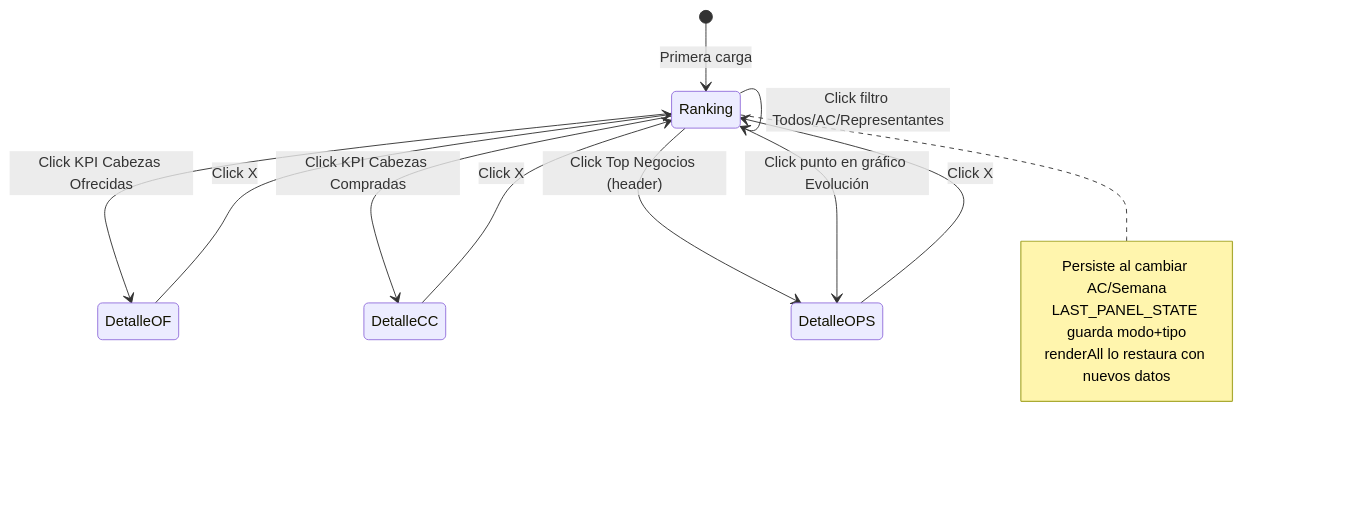
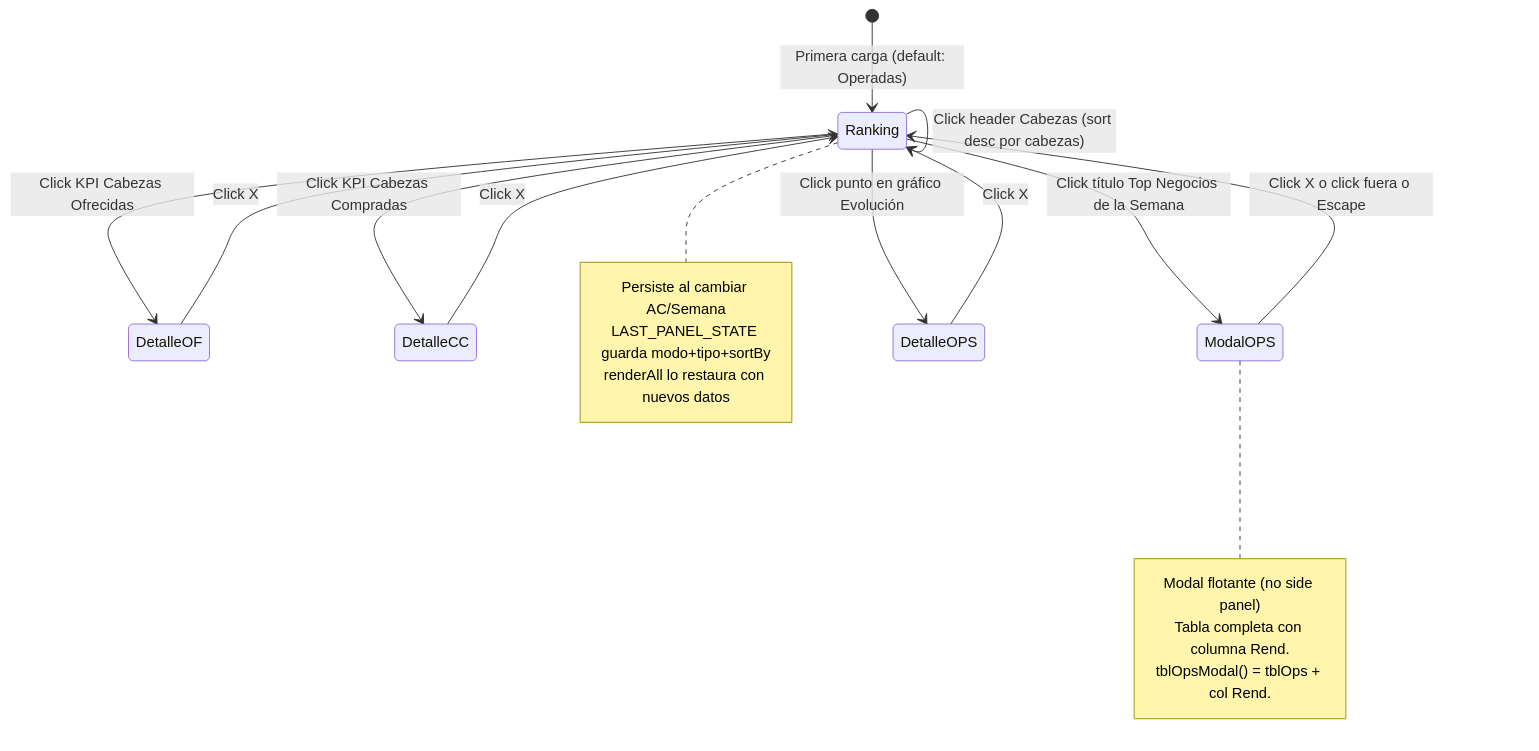
Before and after one commit to jsineriz-commits/ReporteSemanal: the sixth of 8 diagrams in MAPA_PROYECTO.md, drawn with Mermaid. The commit also changed other lines of this file, not shown here.

Commit message:
docs: actualizar MAPA_PROYECTO con todos los cambios del 15 y 16 mayo 2026

````diff
--- a/MAPA_PROYECTO.md
+++ b/MAPA_PROYECTO.md
@@ -141,19 +146,28 @@
 ```mermaid
 stateDiagram-v2
-    [*] --> Ranking: Primera carga
+    [*] --> Ranking: Primera carga (default: Operadas)
     Ranking --> Ranking: Click tab Ofrecidas/Compradas/Operadas
     Ranking --> Ranking: Click filtro Todos/AC/Representantes
+    Ranking --> Ranking: Click header Rend. (sort desc por rendimiento)
+    Ranking --> Ranking: Click header Cabezas (sort desc por cabezas)
     Ranking --> DetalleOF: Click KPI Cabezas Ofrecidas
     Ranking --> DetalleCC: Click KPI Cabezas Compradas
-    Ranking --> DetalleOPS: Click Top Negocios (header)
+    Ranking --> ModalOPS: Click título Top Negocios de la Semana
     Ranking --> DetalleOPS: Click punto en gráfico Evolución
     DetalleOF --> Ranking: Click X
     DetalleCC --> Ranking: Click X
     DetalleOPS --> Ranking: Click X
+    ModalOPS --> Ranking: Click X o click fuera o Escape
 
     note right of Ranking
         Persiste al cambiar AC/Semana
-        LAST_PANEL_STATE guarda modo+tipo
+        LAST_PANEL_STATE guarda modo+tipo+sortBy
         renderAll lo restaura con nuevos datos
     end note
+
+    note right of ModalOPS
+        Modal flotante (no side panel)
+        Tabla completa con columna Rend.
+        tblOpsModal() = tblOps + col Rend.
+    end note
 ```
````
